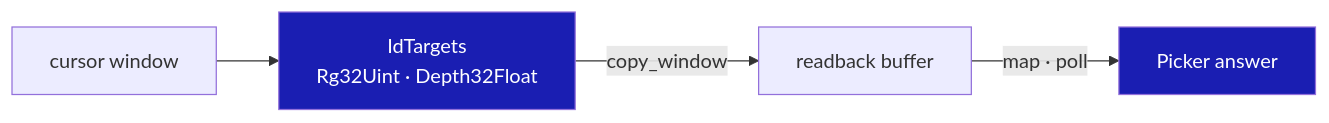
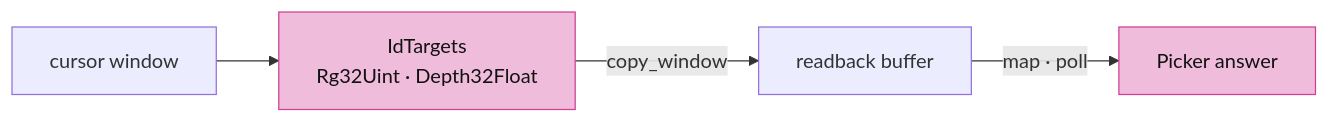
Before and after one commit to petrasvestartas/session: diagram 12 of 19 in session_viewer/docs/12-picking.md, drawn with Mermaid. The commit also changed other lines of this file and 23 other files, not shown here.

Commit message:
Course: Mermaid nodes white with black text, highlighted nodes pink, white arrows and edge labels on the black ground

````diff
--- a/session_viewer/docs/12-picking.md
+++ b/session_viewer/docs/12-picking.md
@@ -260,6 +260,6 @@
 ```mermaid
 flowchart LR
     C["cursor window"] --> T["IdTargets<br/>Rg32Uint · Depth32Float"] -- "copy_window" --> B["readback buffer"] -- "map · poll" --> P["Picker answer"]
-    style T fill:#1a1eb2,color:#fff
-    style P fill:#1a1eb2,color:#fff
+    style T fill:#f0bcdb,stroke:#ce4095,color:#111
+    style P fill:#f0bcdb,stroke:#ce4095,color:#111
 ```
````
